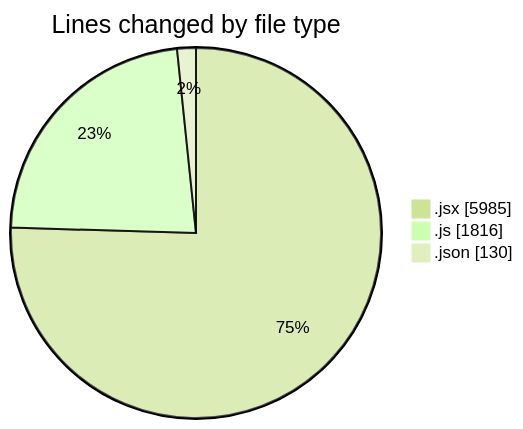
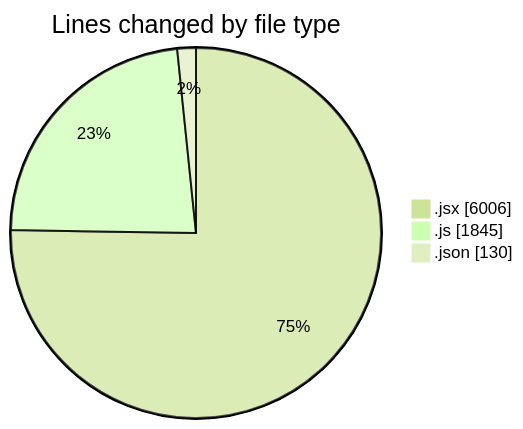
The first of 2 diagrams in 2025-08-06/nxtqube_webapp/README.md (nxtqubesakshisongat/code-tracking), drawn with Mermaid (forest theme) before and after one commit. The commit also changed other lines of this file and 1 other file, not shown here.

````diff
--- a/2025-08-06/nxtqube_webapp/README.md
+++ b/2025-08-06/nxtqube_webapp/README.md
@@ -31,7 +31,7 @@
 ```mermaid
 pie showData
 title Lines changed by file type
-".jsx" : 5985
-".js" : 1816
+".jsx" : 6006
+".js" : 1845
 ".json" : 130
 ```
````
